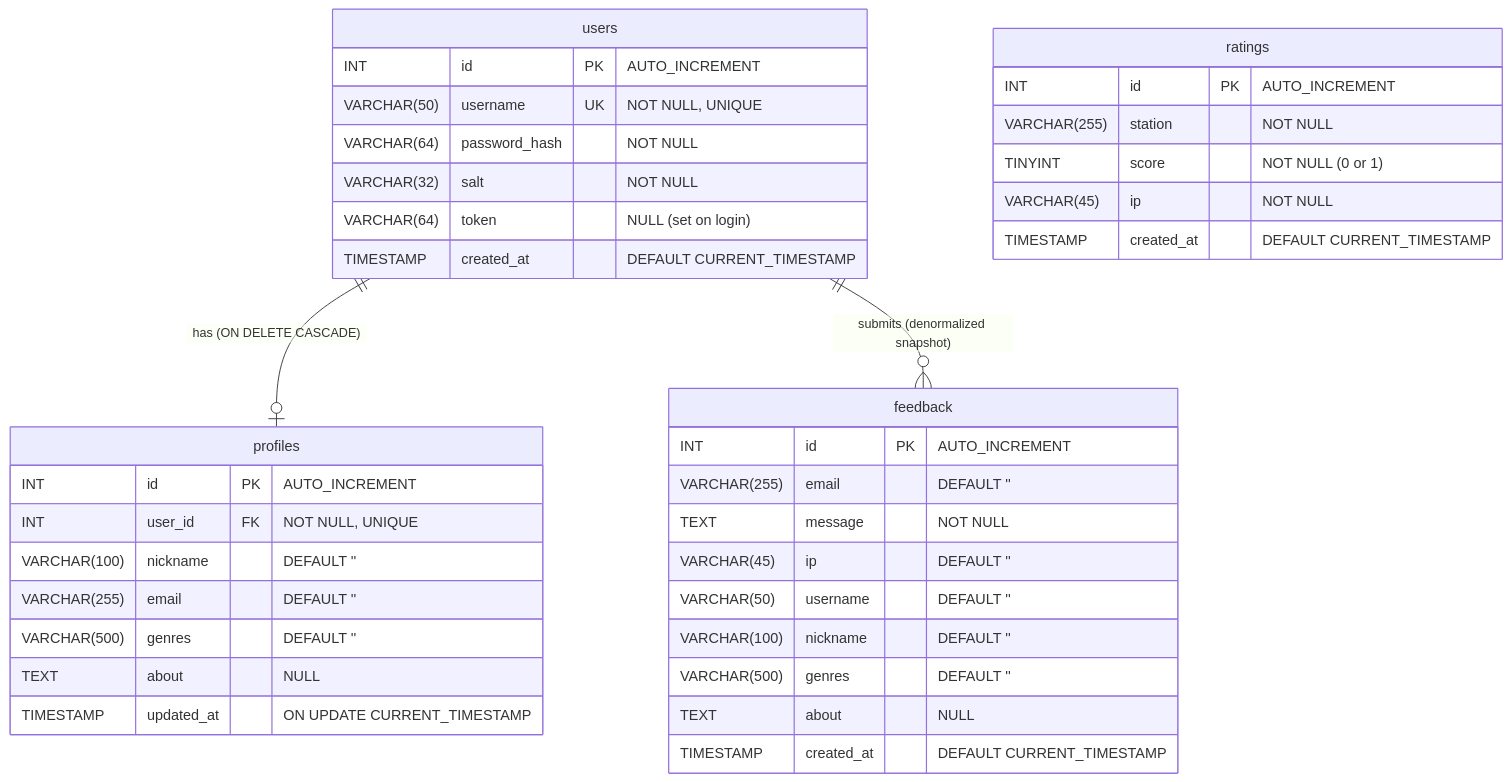
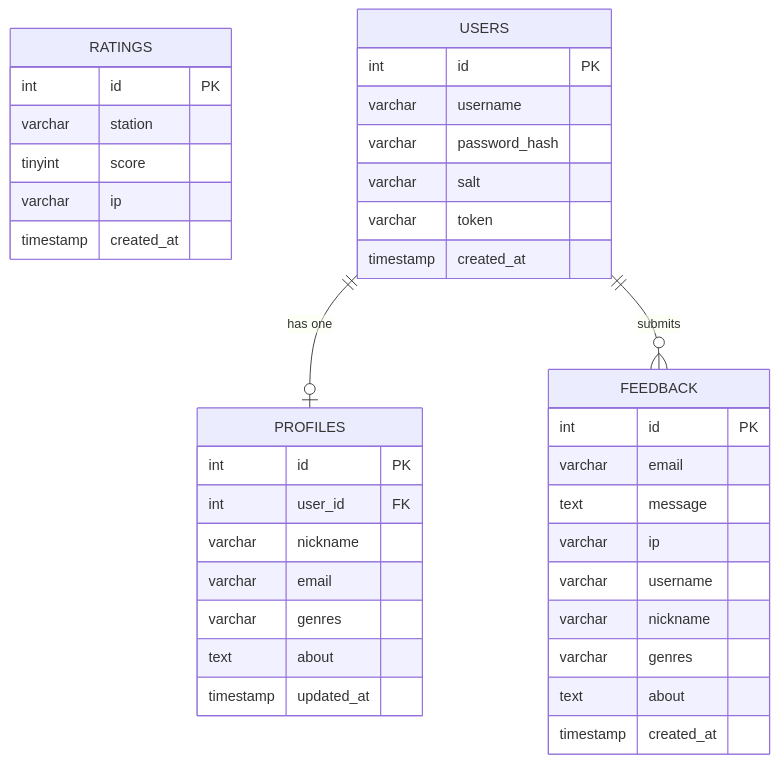
One commit to mgmarques/radiocalico changed the sixth of 6 diagrams in README.md. Above: the diagram before and after it, drawn with Mermaid. The commit also changed other lines of this file and 15 other files, not shown here.

First line of the commit message:
Update architecture diagrams, README, and CLAUDE.md for 10-agent milestone (#10)

````diff
--- a/README.md
+++ b/README.md
@@ -641,44 +670,44 @@
 ```mermaid
 erDiagram
-    users {
-        INT id PK "AUTO_INCREMENT"
-        VARCHAR(50) username UK "NOT NULL, UNIQUE"
-        VARCHAR(64) password_hash "NOT NULL"
-        VARCHAR(32) salt "NOT NULL"
-        VARCHAR(64) token "NULL (set on login)"
-        TIMESTAMP created_at "DEFAULT CURRENT_TIMESTAMP"
+    RATINGS {
+        int id PK
+        varchar station
+        tinyint score
+        varchar ip
+        timestamp created_at
     }
 
-    profiles {
-        INT id PK "AUTO_INCREMENT"
-        INT user_id FK "NOT NULL, UNIQUE"
-        VARCHAR(100) nickname "DEFAULT ''"
-        VARCHAR(255) email "DEFAULT ''"
-        VARCHAR(500) genres "DEFAULT ''"
-        TEXT about "NULL"
-        TIMESTAMP updated_at "ON UPDATE CURRENT_TIMESTAMP"
+    USERS {
+        int id PK
+        varchar username
+        varchar password_hash
+        varchar salt
+        varchar token
+        timestamp created_at
     }
 
-    feedback {
-        INT id PK "AUTO_INCREMENT"
-        VARCHAR(255) email "DEFAULT ''"
-        TEXT message "NOT NULL"
-        VARCHAR(45) ip "DEFAULT ''"
-        VARCHAR(50) username "DEFAULT ''"
-        VARCHAR(100) nickname "DEFAULT ''"
-        VARCHAR(500) genres "DEFAULT ''"
-        TEXT about "NULL"
-        TIMESTAMP created_at "DEFAULT CURRENT_TIMESTAMP"
+    PROFILES {
+        int id PK
+        int user_id FK
+        varchar nickname
+        varchar email
+        varchar genres
+        text about
+        timestamp updated_at
     }
 
-    ratings {
-        INT id PK "AUTO_INCREMENT"
-        VARCHAR(255) station "NOT NULL"
-        TINYINT score "NOT NULL (0 or 1)"
-        VARCHAR(45) ip "NOT NULL"
-        TIMESTAMP created_at "DEFAULT CURRENT_TIMESTAMP"
+    FEEDBACK {
+        int id PK
+        varchar email
+        text message
+        varchar ip
+        varchar username
+        varchar nickname
+        varchar genres
+        text about
+        timestamp created_at
     }
 
-    users ||--o| profiles : "has (ON DELETE CASCADE)"
-    users ||--o{ feedback : "submits (denormalized snapshot)"
+    USERS ||--o| PROFILES : "has one"
+    USERS ||--o{ FEEDBACK : "submits"
 ```
````
